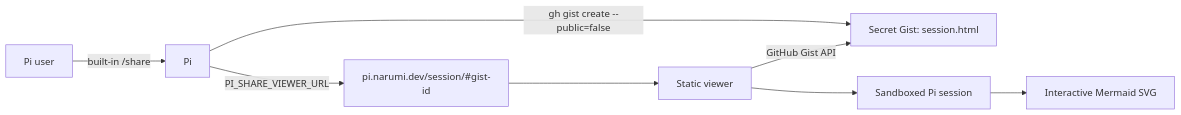
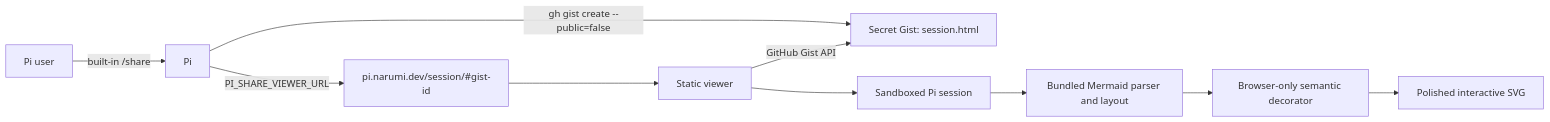
Before and after one commit to narumiruna/pi-share-viewer: the diagram in README.md, drawn with Mermaid. The commit also changed other lines of this file and 6 other files, not shown here.

````diff
--- a/README.md
+++ b/README.md
@@ -11,10 +11,12 @@
 ```mermaid
 flowchart LR
     U[Pi user] -->|built-in /share| P[Pi]
     P -->|gh gist create --public=false| G[Secret Gist: session.html]
     P -->|PI_SHARE_VIEWER_URL| URL[pi.narumi.dev/session/#gist-id]
     URL --> W[Static viewer]
     W -->|GitHub Gist API| G
     W --> I[Sandboxed Pi session]
-    I --> M[Interactive Mermaid SVG]
+    I --> M[Bundled Mermaid parser and layout]
+    M --> D[Browser-only semantic decorator]
+    D --> SVG[Polished interactive SVG]
 ```
````
